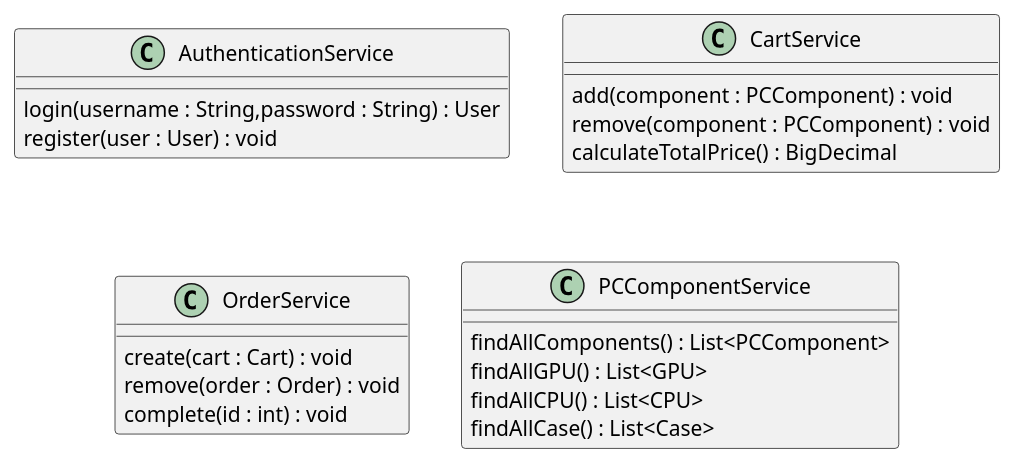
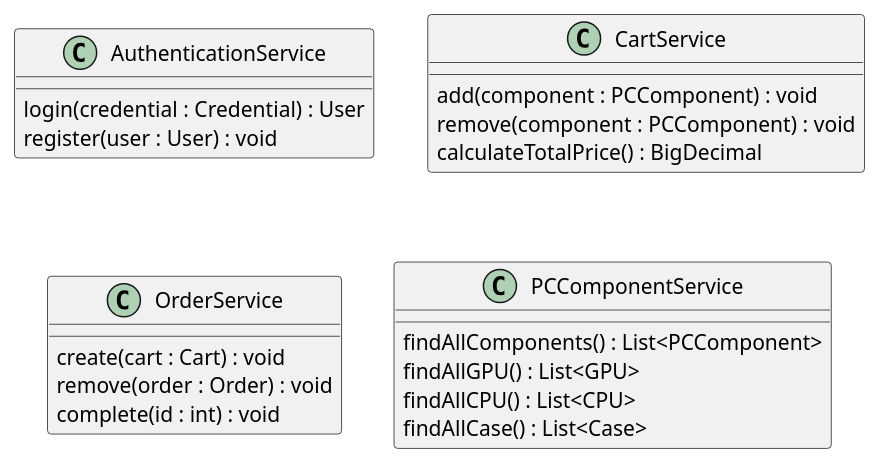
The diagram in uml/PCBuilderService.plantuml (KozariAndras/elte-fsz-23-24-osz-pc-builder), drawn with PlantUML before and after one commit. The commit also changed 10 other files, not shown here.

```diff
--- a/uml/PCBuilderService.plantuml
+++ b/uml/PCBuilderService.plantuml
@@ -1,26 +1,26 @@
 @startuml
 class AuthenticationService{
-login(username : String,password : String) : User
+login(credential : Credential) : User
 register(user : User) : void
 }
 
 class CartService{
 add(component : PCComponent) : void
 remove(component : PCComponent) : void
 calculateTotalPrice() : BigDecimal
 }
 
 class OrderService{
 create(cart : Cart) : void
 remove(order : Order) : void
 complete(id : int) : void
 }
 
 class PCComponentService{
 findAllComponents() : List<PCComponent>
 findAllGPU() : List<GPU>
 findAllCPU() : List<CPU>
 findAllCase() : List<Case>
 }
 
 @enduml
```
